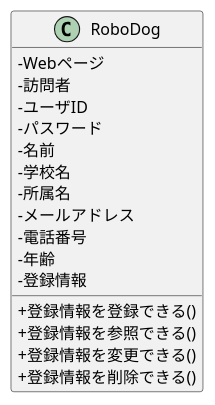
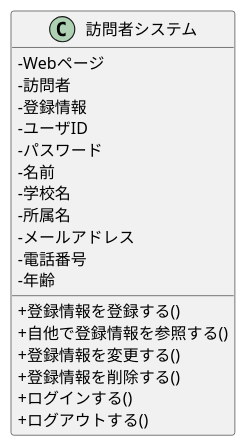
The diagram in group/07_web_visitor/class.pu (ko246/ohara_uml), drawn with PlantUML before and after one commit. The commit also changed 4 other files, not shown here.

```diff
--- a/group/07_web_visitor/class.pu
+++ b/group/07_web_visitor/class.pu
@@ -1,26 +1,28 @@
-@startuml 訪問者システム
+@startuml 訪問者システム_クラス図
+
 skinparam classAttributeIconSize 0
-class RoboDog {
+class 訪問者システム {
     '属性
     -Webページ
     -訪問者
+    -登録情報
     -ユーザID
     -パスワード
     -名前
     -学校名
     -所属名
     -メールアドレス
     -電話番号
     -年齢
-    -登録情報
-
 
     '操作
-    +登録情報を登録できる()
-    +登録情報を参照できる()
-    +登録情報を変更できる()
-    +登録情報を削除できる()
+    +登録情報を登録する()
+    +自他で登録情報を参照する()
+    +登録情報を変更する()
+    +登録情報を削除する()
+    +ログインする()
+    +ログアウトする()
     
 }
 
 @enduml
```
